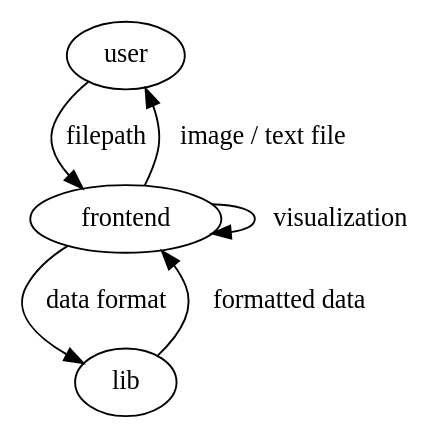
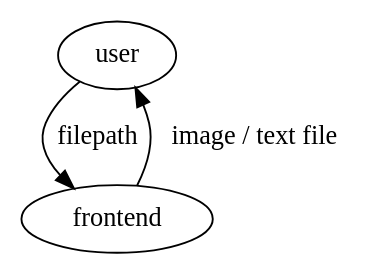
Before and after one commit to Sh4pe/pynance: the diagram in docs/graphs/usecase_export.dot, drawn with Graphviz. The commit also changed 5 other files, not shown here.

Commit message:
updated diagrams to results of recent discussions. closes #4

```diff
--- a/docs/graphs/usecase_export.dot
+++ b/docs/graphs/usecase_export.dot
@@ -1,7 +1,4 @@
 digraph{
     user -> frontend [label="filepath"]
-    frontend -> lib [label = "data format"]
-    lib -> frontend [label = "formatted data"]
     frontend -> user [label = "image / text file"]
-    frontend -> frontend [label=visualization]
 }
```
